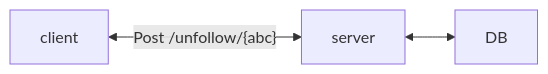
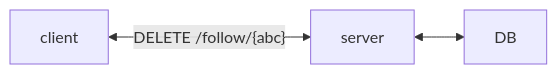
Before and after one commit to Chitlangia-Vedant/Obsidian: the fifth of 8 diagrams in System Design/System Design(Case Study)/02. Read Heavy System/03. Design Instagram.md, drawn with Mermaid. The commit also changed other lines of this file, not shown here.

````diff
--- a/System Design/System Design(Case Study)/02. Read Heavy System/03. Design Instagram.md
+++ b/System Design/System Design(Case Study)/02. Read Heavy System/03. Design Instagram.md
@@ -72,5 +72,5 @@
 ```mermaid
 graph LR
-client <-->|"Post /unfollow/{abc}"| server
+client <-->|"DELETE /follow/{abc}"| server
 server <--> DB
 ```
````
